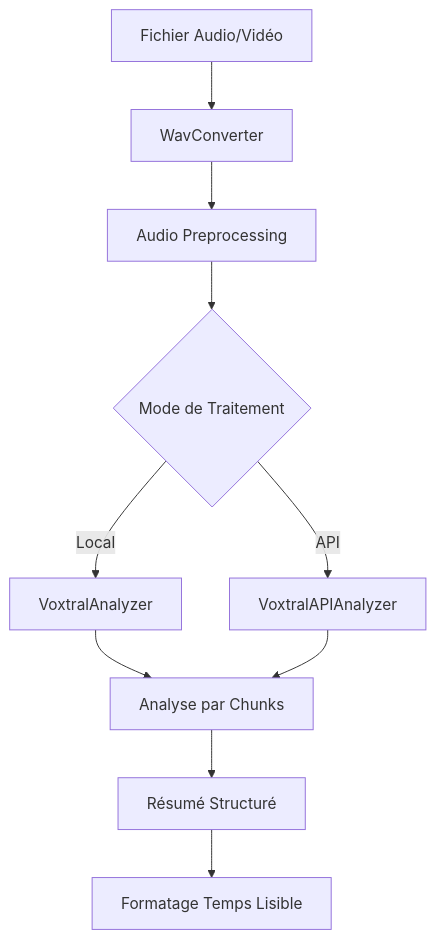
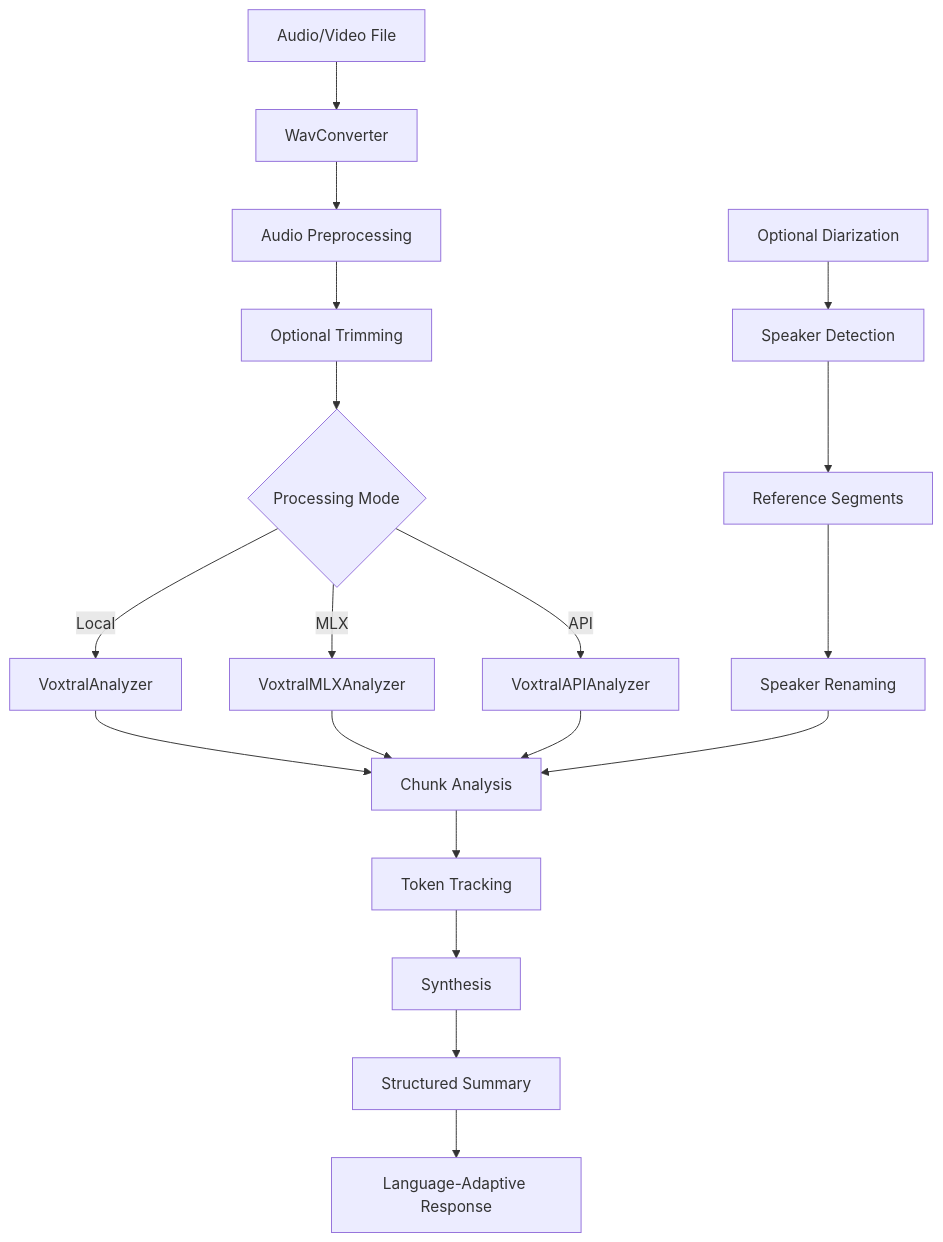
One commit to VincentGourbin/meetingnotes changed the diagram in ARCHITECTURE.md. Above: the diagram before and after it, drawn with Mermaid. The commit also changed other lines of this file, not shown here.

Commit message:
updated architecture documentation

````diff
--- a/ARCHITECTURE.md
+++ b/ARCHITECTURE.md
@@ -79,12 +148,25 @@
 ```mermaid
 graph TD
-    A[Fichier Audio/Vidéo] --> B[WavConverter]
+    A[Audio/Video File] --> B[WavConverter]
     B --> C[Audio Preprocessing]
-    C --> D{Mode de Traitement}
-    D -->|Local| E[VoxtralAnalyzer]
-    D -->|API| F[VoxtralAPIAnalyzer]
-    E --> G[Analyse par Chunks]
-    F --> G
-    G --> H[Résumé Structuré]
-    H --> I[Formatage Temps Lisible]
+    C --> D[Optional Trimming]
+    D --> E{Processing Mode}
+    
+    E -->|Local| F[VoxtralAnalyzer]
+    E -->|MLX| G[VoxtralMLXAnalyzer]
+    E -->|API| H[VoxtralAPIAnalyzer]
+    
+    I[Optional Diarization] --> J[Speaker Detection]
+    J --> K[Reference Segments]
+    K --> L[Speaker Renaming]
+    
+    F --> M[Chunk Analysis]
+    G --> M
+    H --> M
+    L --> M
+    
+    M --> N[Token Tracking]
+    N --> O[Synthesis]
+    O --> P[Structured Summary]
+    P --> Q[Language-Adaptive Response]
 ```
````
